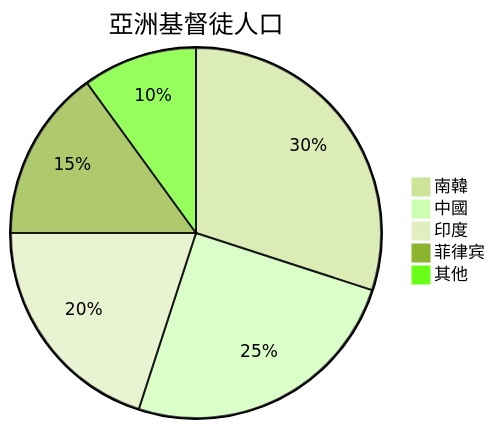
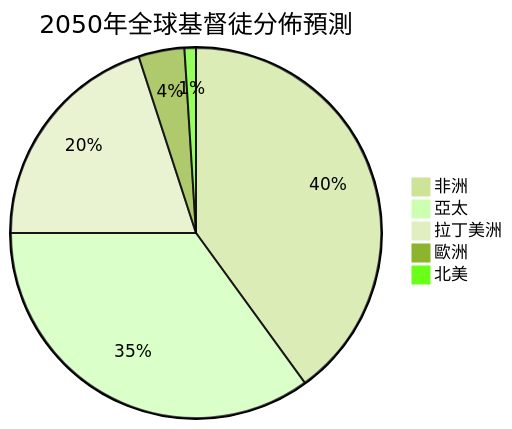
The second of 5 diagrams in 01_HKU_Courses/HIST2202_Christianity_in_Asia.md (yip-lgtm/HKU-Harvard-History-Self-Study), drawn with Mermaid (forest theme) before and after one commit. The commit also changed other lines of this file and 22 other files, not shown here.

````diff
--- a/01_HKU_Courses/HIST2202_Christianity_in_Asia.md
+++ b/01_HKU_Courses/HIST2202_Christianity_in_Asia.md
@@ -112,8 +275,8 @@
 ```mermaid
-pie title 亞洲基督徒人口
-    "南韓" : 30
-    "中國" : 25
-    "印度" : 20
-    "菲律宾" : 15
-    "其他" : 10
+pie title 2050年全球基督徒分佈預測
+    "非洲" : 40
+    "亞太" : 35
+    "拉丁美洲" : 20
+    "歐洲" : 4
+    "北美" : 1
 ```
````
